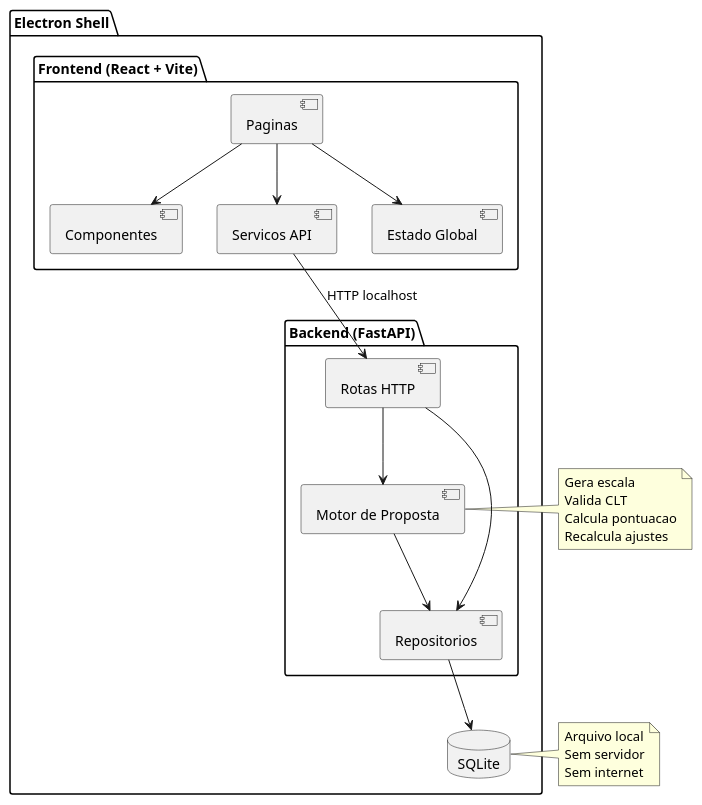
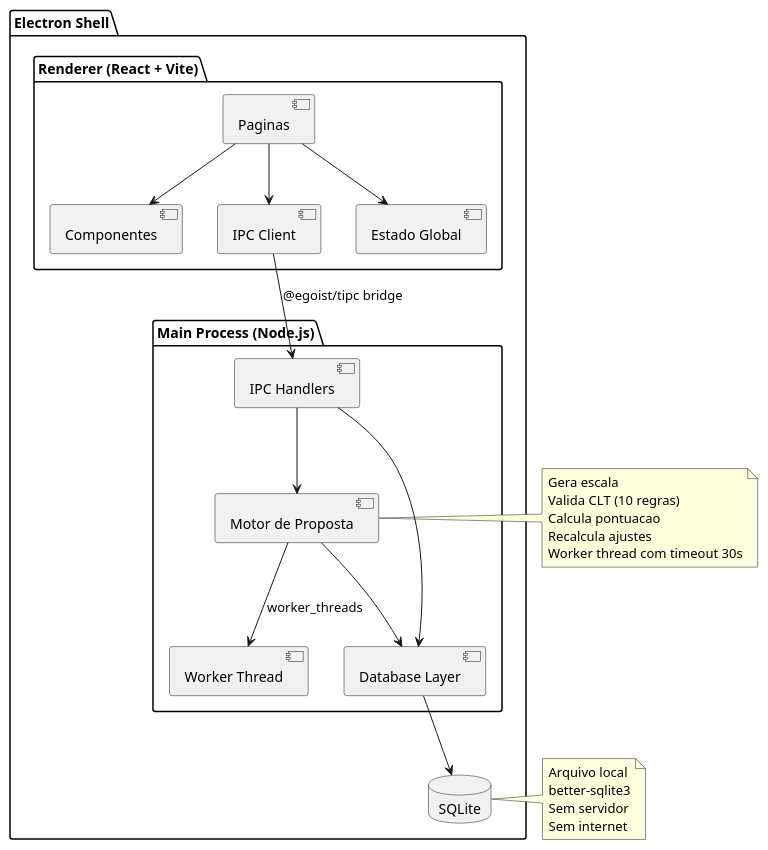
Before and after one commit to nmarcofernandess/escalaflow: the third of 9 diagrams in docs/BUILD_V2_ESCALAFLOW.md, drawn with PlantUML. The commit also changed other lines of this file and 159 other files, not shown here.

````diff
--- a/docs/BUILD_V2_ESCALAFLOW.md
+++ b/docs/BUILD_V2_ESCALAFLOW.md
@@ -161,44 +164,48 @@
 ```plantuml
 @startuml
 package "Electron Shell" {
 
-  package "Frontend (React + Vite)" {
+  package "Main Process (Node.js)" {
+    [IPC Handlers] as IPC
+    [Motor de Proposta] as Motor
+    [Database Layer] as DBLayer
+    [Worker Thread] as Worker
+  }
+
+  package "Renderer (React + Vite)" {
     [Paginas] as Pages
     [Componentes] as Comp
-    [Servicos API] as Svc
+    [IPC Client] as IPCClient
     [Estado Global] as State
-  }
-
-  package "Backend (FastAPI)" {
-    [Rotas HTTP] as Routes
-    [Motor de Proposta] as Motor
-    [Repositorios] as Repos
   }
 
   database "SQLite" as DB
 
 }
 
 Pages --> Comp
-Pages --> Svc
+Pages --> IPCClient
 Pages --> State
-Svc --> Routes : HTTP localhost
-Routes --> Motor
-Routes --> Repos
-Motor --> Repos
-Repos --> DB
+IPCClient --> IPC : @egoist/tipc bridge
+IPC --> Motor
+IPC --> DBLayer
+Motor --> Worker : worker_threads
+Motor --> DBLayer
+DBLayer --> DB
 
 note right of Motor
   Gera escala
-  Valida CLT
+  Valida CLT (10 regras)
   Calcula pontuacao
   Recalcula ajustes
+  Worker thread com timeout 30s
 end note
 
 note right of DB
   Arquivo local
+  better-sqlite3
   Sem servidor
   Sem internet
 end note
 @enduml
 ```
````
